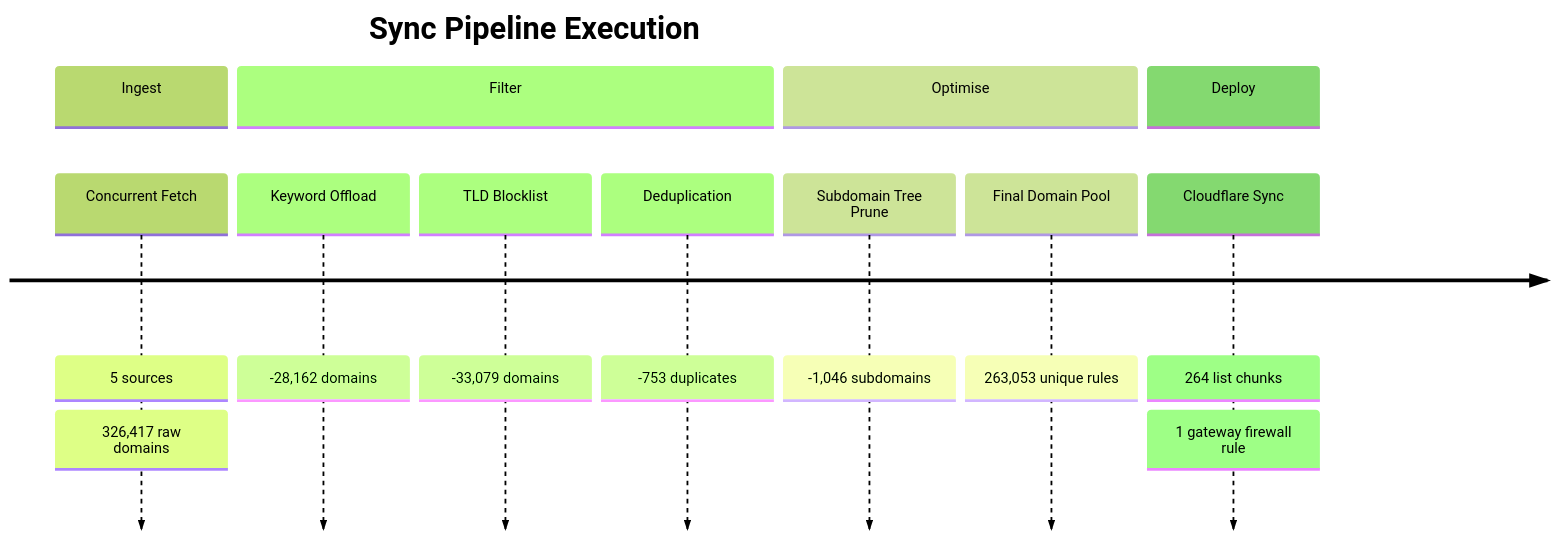
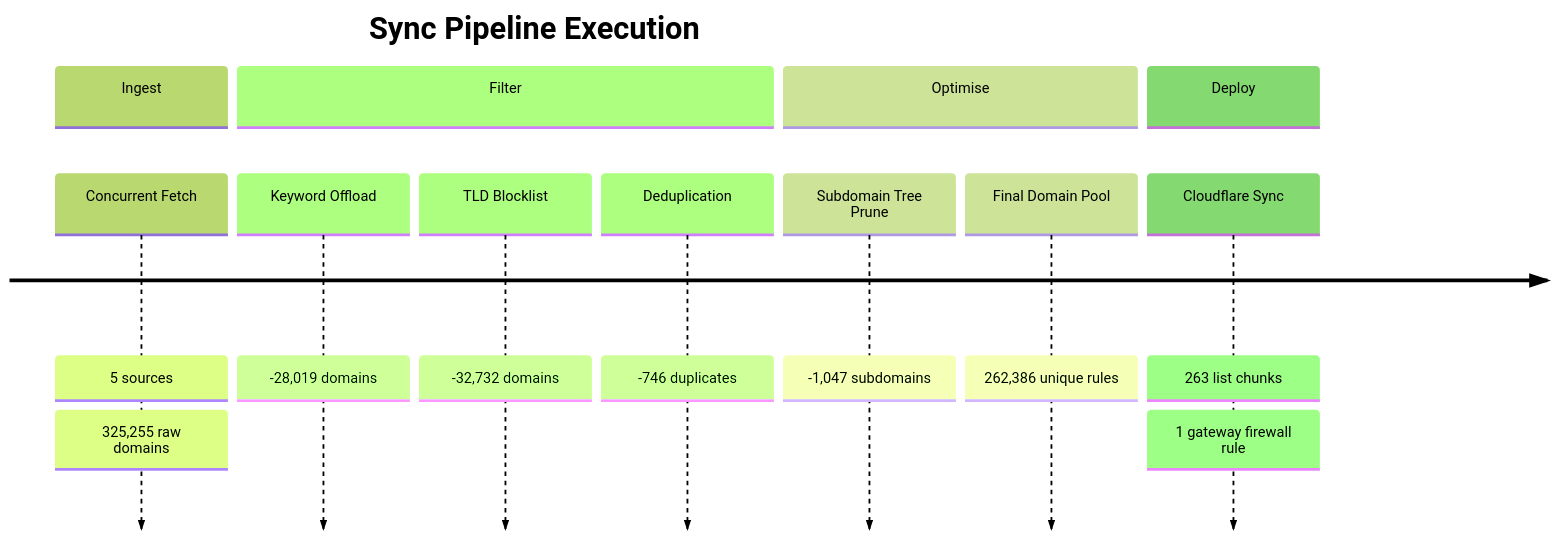
Before and after one commit to brojangles24/Cloudflare-ZeroTrust-AdBlock: the second of 6 diagrams in README_STATS.md, drawn with Mermaid (forest theme). The commit also changed other lines of this file and 1 other file, not shown here.

````diff
--- a/README_STATS.md
+++ b/README_STATS.md
@@ -54,17 +54,17 @@
 ```mermaid
 timeline
     title Sync Pipeline Execution
     section Ingest
         Concurrent Fetch   : 5 sources
-                           : 326,417 raw domains
+                           : 325,255 raw domains
     section Filter
-        Keyword Offload    : -28,162 domains
-        TLD Blocklist      : -33,079 domains
-        Deduplication      : -753 duplicates
+        Keyword Offload    : -28,019 domains
+        TLD Blocklist      : -32,732 domains
+        Deduplication      : -746 duplicates
     section Optimise
-        Subdomain Tree Prune : -1,046 subdomains
-        Final Domain Pool    : 263,053 unique rules
+        Subdomain Tree Prune : -1,047 subdomains
+        Final Domain Pool    : 262,386 unique rules
     section Deploy
-        Cloudflare Sync    : 264 list chunks
+        Cloudflare Sync    : 263 list chunks
                            : 1 gateway firewall rule
 ```
````
